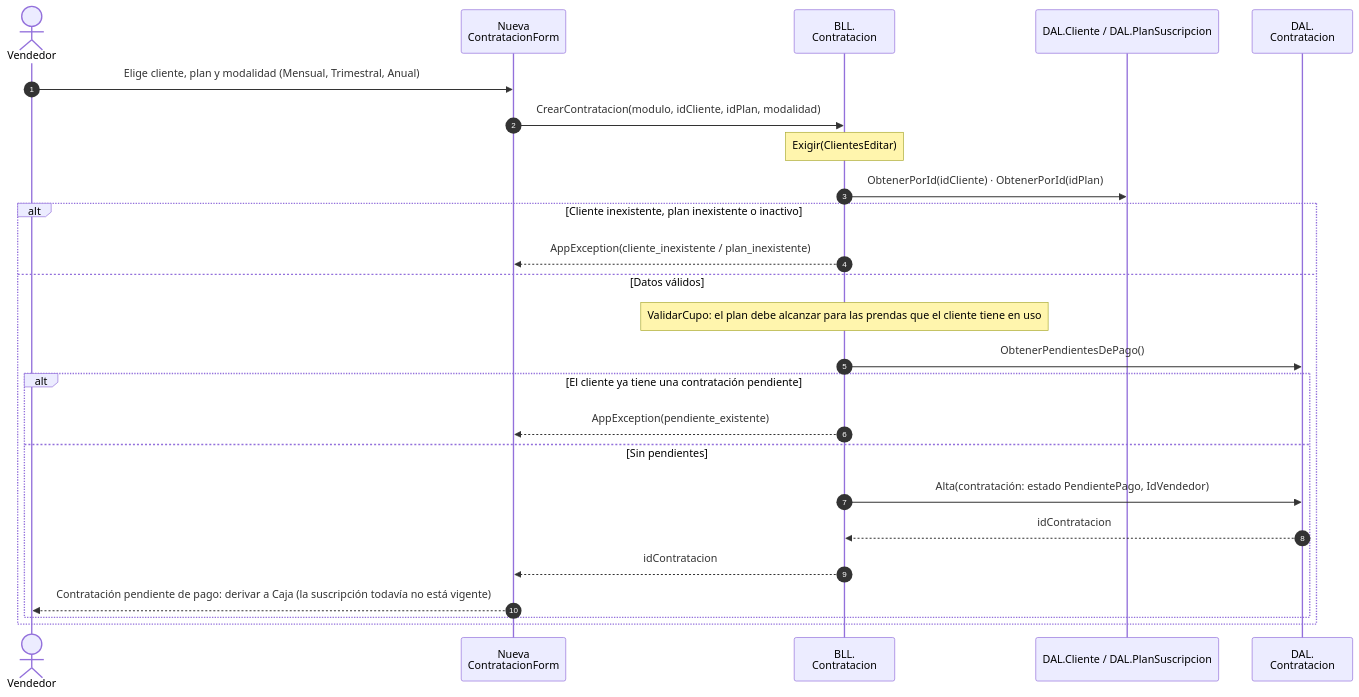
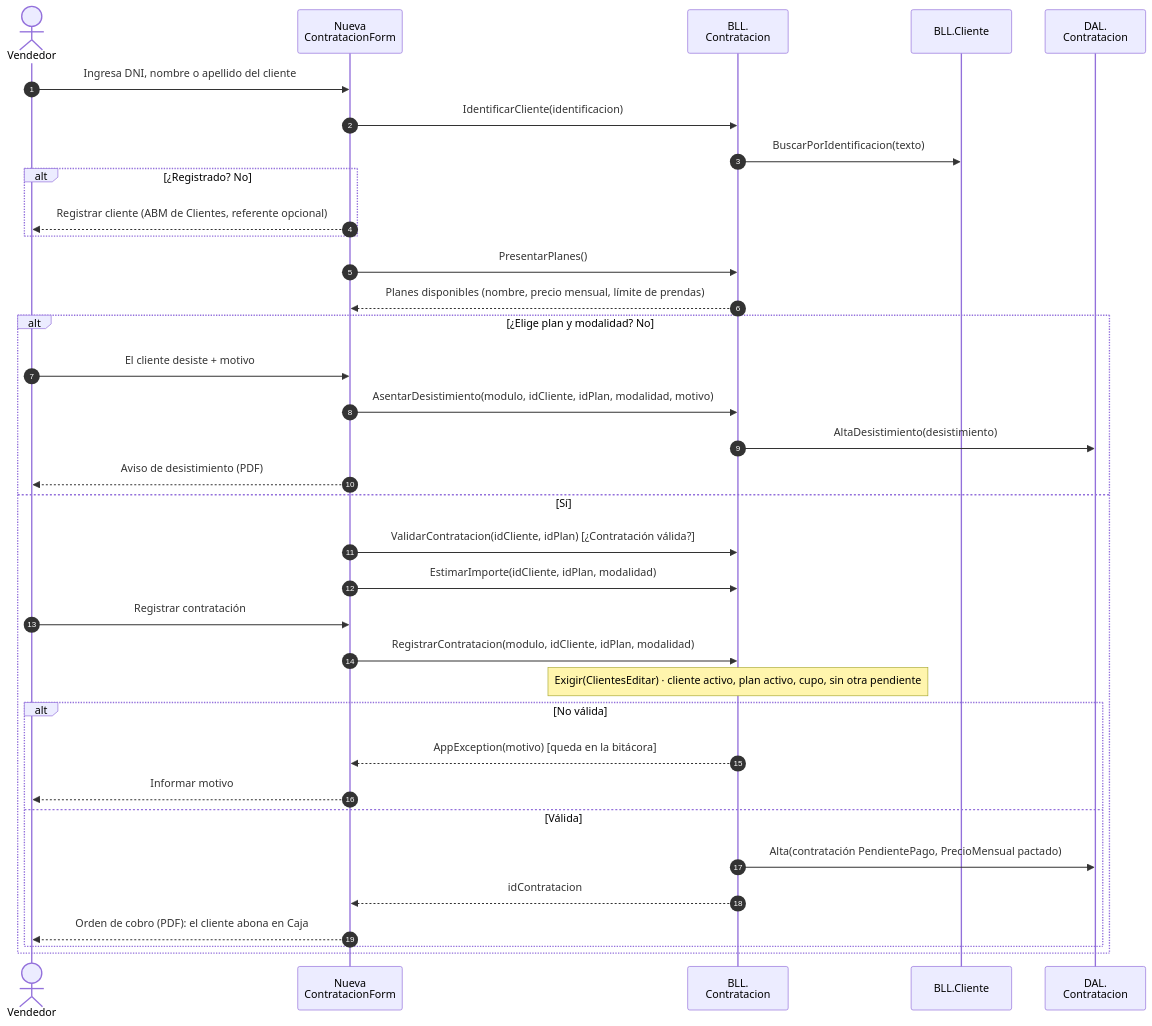
Before and after one commit to valentinamorana/Trabajo-de-Diploma: the diagram in docs/diagramas/mermaid/DSS_PN02_CU01_VTA_GestionarSuscripcion.mmd, drawn with Mermaid. The commit also changed 89 other files, not shown here.

```diff
--- a/docs/diagramas/mermaid/DSS_PN02_CU01_VTA_GestionarSuscripcion.mmd
+++ b/docs/diagramas/mermaid/DSS_PN02_CU01_VTA_GestionarSuscripcion.mmd
@@ -1,25 +1,35 @@
 sequenceDiagram
   autonumber
   actor V as Vendedor
   participant F as Nueva<br/>ContratacionForm
   participant B as BLL.<br/>Contratacion
-  participant DC as DAL.Cliente / DAL.PlanSuscripcion
+  participant CB as BLL.Cliente
   participant D as DAL.<br/>Contratacion
-  V->>F: Elige cliente, plan y modalidad (Mensual, Trimestral, Anual)
-  F->>B: CrearContratacion(modulo, idCliente, idPlan, modalidad)
-  Note over B: Exigir(ClientesEditar)
-  B->>DC: ObtenerPorId(idCliente) · ObtenerPorId(idPlan)
-  alt Cliente inexistente, plan inexistente o inactivo
-    B-->>F: AppException(cliente_inexistente / plan_inexistente)
-  else Datos válidos
-    Note over B: ValidarCupo: el plan debe alcanzar para las prendas que el cliente tiene en uso
-    B->>D: ObtenerPendientesDePago()
-    alt El cliente ya tiene una contratación pendiente
-      B-->>F: AppException(pendiente_existente)
-    else Sin pendientes
-      B->>D: Alta(contratación: estado PendientePago, IdVendedor)
-      D-->>B: idContratacion
+  V->>F: Ingresa DNI, nombre o apellido del cliente
+  F->>B: IdentificarCliente(identificacion)
+  B->>CB: BuscarPorIdentificacion(texto)
+  alt ¿Registrado? No
+    F-->>V: Registrar cliente (ABM de Clientes, referente opcional)
+  end
+  F->>B: PresentarPlanes()
+  B-->>F: Planes disponibles (nombre, precio mensual, límite de prendas)
+  alt ¿Elige plan y modalidad? No
+    V->>F: El cliente desiste + motivo
+    F->>B: AsentarDesistimiento(modulo, idCliente, idPlan, modalidad, motivo)
+    B->>D: AltaDesistimiento(desistimiento)
+    F-->>V: Aviso de desistimiento (PDF)
+  else Sí
+    F->>B: ValidarContratacion(idCliente, idPlan)  [¿Contratación válida?]
+    F->>B: EstimarImporte(idCliente, idPlan, modalidad)
+    V->>F: Registrar contratación
+    F->>B: RegistrarContratacion(modulo, idCliente, idPlan, modalidad)
+    Note over B: Exigir(ClientesEditar) · cliente activo, plan activo, cupo, sin otra pendiente
+    alt No válida
+      B-->>F: AppException(motivo)  [queda en la bitácora]
+      F-->>V: Informar motivo
+    else Válida
+      B->>D: Alta(contratación PendientePago, PrecioMensual pactado)
       B-->>F: idContratacion
-      F-->>V: Contratación pendiente de pago: derivar a Caja (la suscripción todavía no está vigente)
+      F-->>V: Orden de cobro (PDF): el cliente abona en Caja
     end
   end
```
